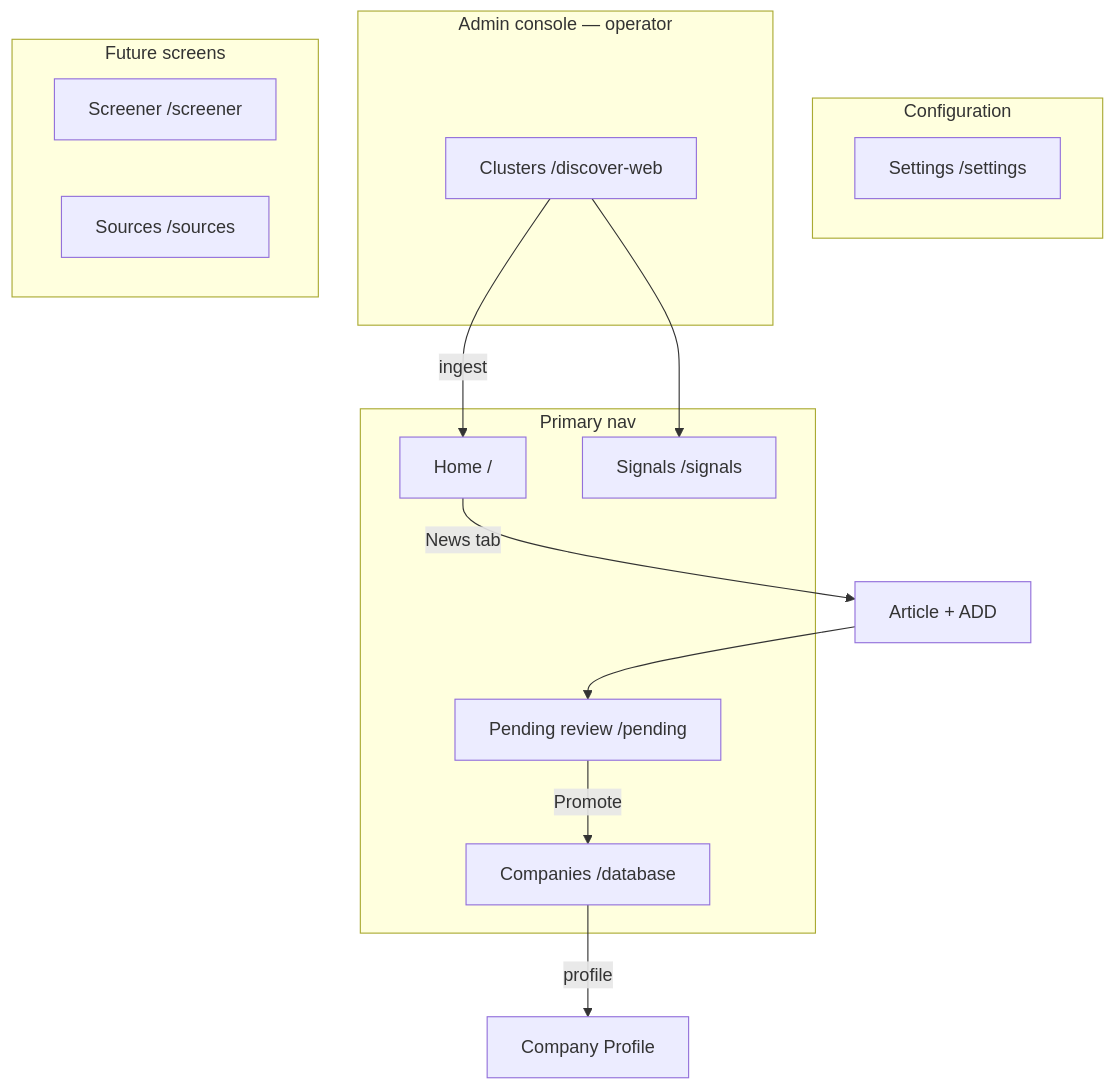
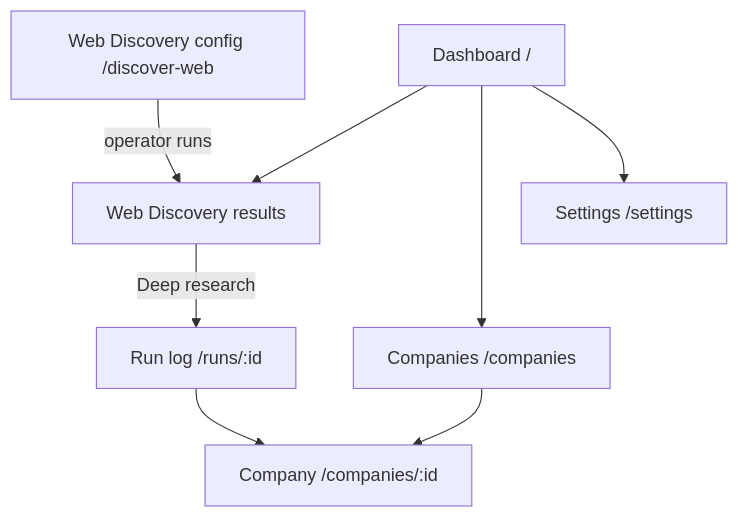
One commit to Growth-Maschine/NORAD-INTEL-ENGINE-V1 changed the diagram in docs/phase-1/P1-05-user.md. Above: the diagram before and after it, drawn with Mermaid. The commit also changed other lines of this file and 12 other files, not shown here.

Commit message:
docs(phase-1): align P1-00 through P1-06 with current single-app build Update workflows, objects, fields, screens, and backend actions to match Web Discovery enrich, Deep research, and retired Today page features.

````diff
--- a/docs/phase-1/P1-05-user.md
+++ b/docs/phase-1/P1-05-user.md
@@ -377,29 +194,18 @@
 ```mermaid
 flowchart TB
-    subgraph Primary["Primary nav"]
-        HOME[Home /]
-        SIG[Signals /signals]
-        DB[Companies /database]
-        PEND[Pending review /pending]
-    end
+    DASH[Dashboard /]
+    RES[Web Discovery results]
+    RUN[Run log /runs/:id]
+    CO[Companies /companies]
+    COD[Company /companies/:id]
+    SET[Settings /settings]
+    WD[Web Discovery config /discover-web]
 
-    subgraph Configure["Configuration"]
-        SET[Settings /settings]
-    end
-
-    subgraph Admin["Admin console — operator"]
-        CL[Clusters /discover-web]
-    end
-
-    subgraph Future["Future screens"]
-        SCR[Screener /screener]
-        SRC[Sources /sources]
-    end
-
-    CL -->|ingest| HOME
-    CL --> SIG
-    HOME -->|News tab| ART[Article + ADD]
-    ART --> PEND
-    PEND -->|Promote| DB
-    DB -->|profile| PROF[Company Profile]
+    DASH --> RES
+    DASH --> CO
+    WD -->|operator runs| RES
+    RES -->|Deep research| RUN
+    RUN --> COD
+    CO --> COD
+    DASH --> SET
 ```
````
